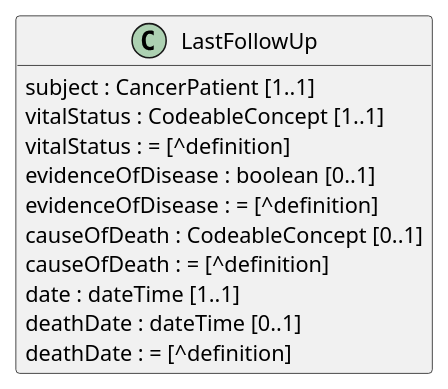
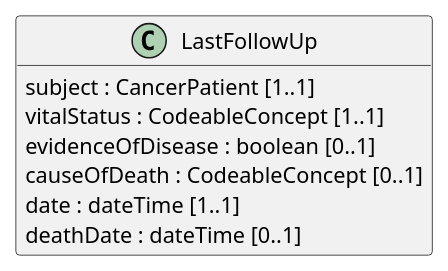
The diagram in input/images-source/LastFollowUp_LM.plantuml (hl7-eu/cancer-common), drawn with PlantUML before and after one commit. The commit also changed 9 other files, not shown here.

Commit message:
cleaned up plantuml model diagrams

```diff
--- a/input/images-source/LastFollowUp_LM.plantuml
+++ b/input/images-source/LastFollowUp_LM.plantuml
@@ -1,18 +1,14 @@
 @startuml
 hide empty members
 skinparam classAttributeIconSize 0
 
 class LastFollowUp {
   subject : CancerPatient [1..1]
   vitalStatus : CodeableConcept [1..1]
-  vitalStatus : = [^definition]
   evidenceOfDisease : boolean [0..1]
-  evidenceOfDisease : = [^definition]
   causeOfDeath : CodeableConcept [0..1]
-  causeOfDeath : = [^definition]
   date : dateTime [1..1]
   deathDate : dateTime [0..1]
-  deathDate : = [^definition]
 }
 
 @enduml
```
